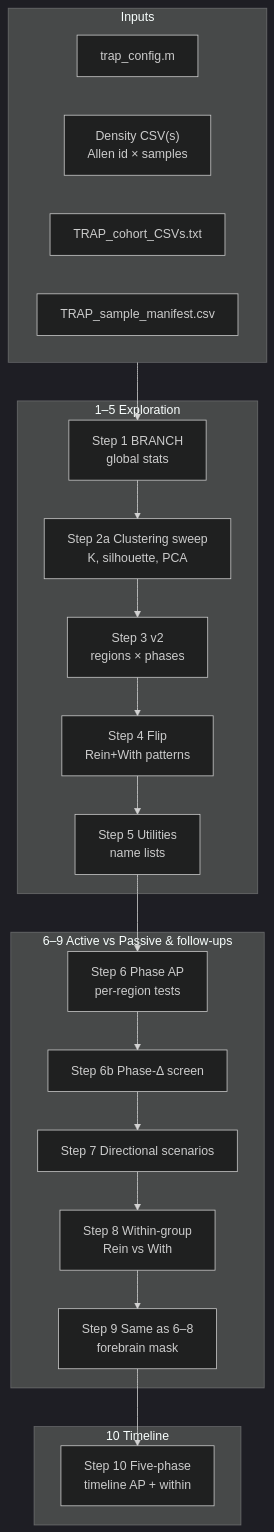
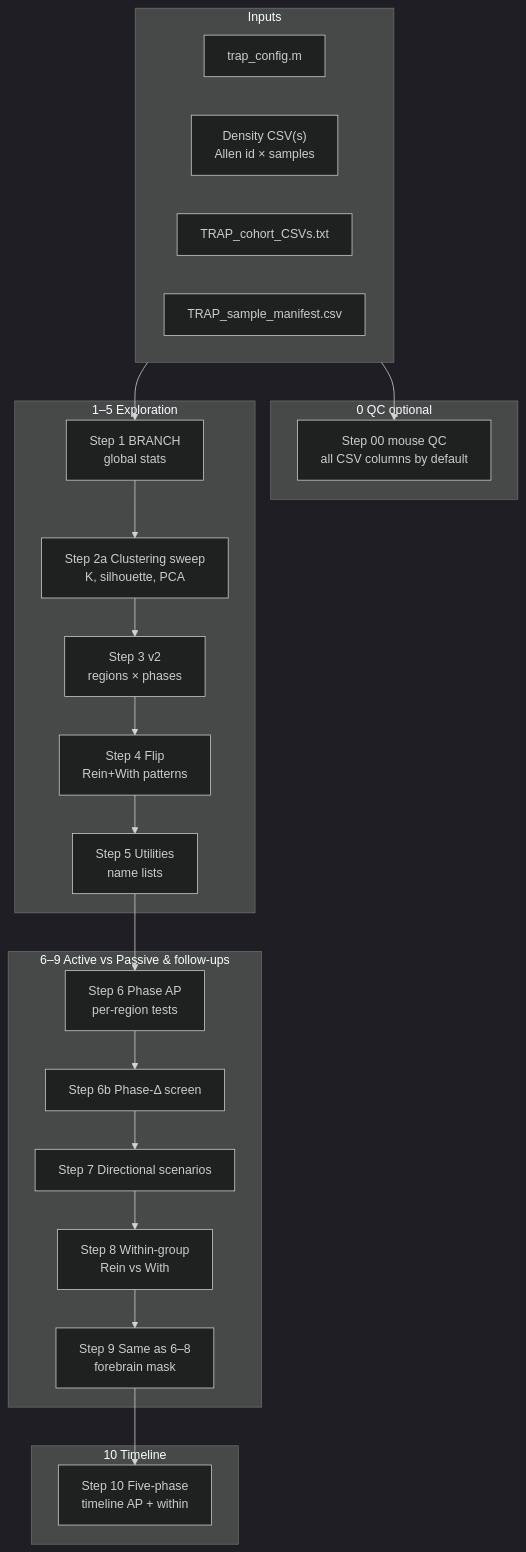
The first of 2 diagrams in README.md (limserenahansol/TRAP_analysis), drawn with Mermaid (dark theme) before and after one commit. The commit also changed other lines of this file and 6 other files, not shown here.

First line of the commit message:
Step 00 mouse QC: load all cohort CSV columns by default; optional manifest labels

````diff
--- a/README.md
+++ b/README.md
@@ -15,28 +15,32 @@
 ```mermaid
 flowchart TB
   subgraph IN["Inputs"]
     CFG["trap_config.m"]
     CSV["Density CSV(s)<br/>Allen id × samples"]
     CL["TRAP_cohort_CSVs.txt"]
     MAN["TRAP_sample_manifest.csv"]
+  end
+  subgraph S0["0 QC optional"]
+    A0["Step 00 mouse QC<br/>all CSV columns by default"]
   end
   subgraph S1["1–5 Exploration"]
     A1["Step 1 BRANCH<br/>global stats"]
     A2["Step 2a Clustering sweep<br/>K, silhouette, PCA"]
     A3["Step 3 v2<br/>regions × phases"]
     A4["Step 4 Flip<br/>Rein+With patterns"]
     A5["Step 5 Utilities<br/>name lists"]
   end
   subgraph S2["6–9 Active vs Passive & follow-ups"]
     B6["Step 6 Phase AP<br/>per-region tests"]
     B6b["Step 6b Phase-Δ screen"]
     B7["Step 7 Directional scenarios"]
     B8["Step 8 Within-group<br/>Rein vs With"]
     B9["Step 9 Same as 6–8<br/>forebrain mask"]
   end
   subgraph S3["10 Timeline"]
     B10["Step 10 Five-phase<br/>timeline AP + within"]
   end
+  IN --> A0
   IN --> A1 --> A2 --> A3 --> A4 --> A5
   A5 --> B6 --> B6b --> B7 --> B8 --> B9 --> B10
 ```
````
